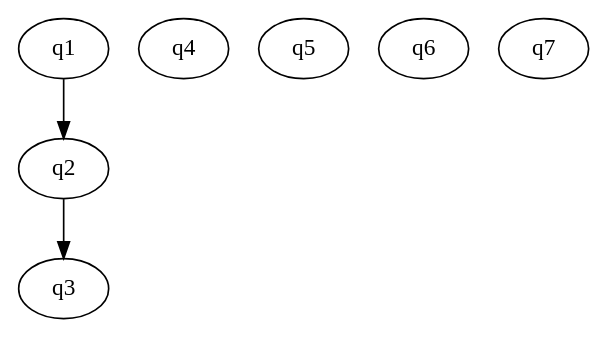
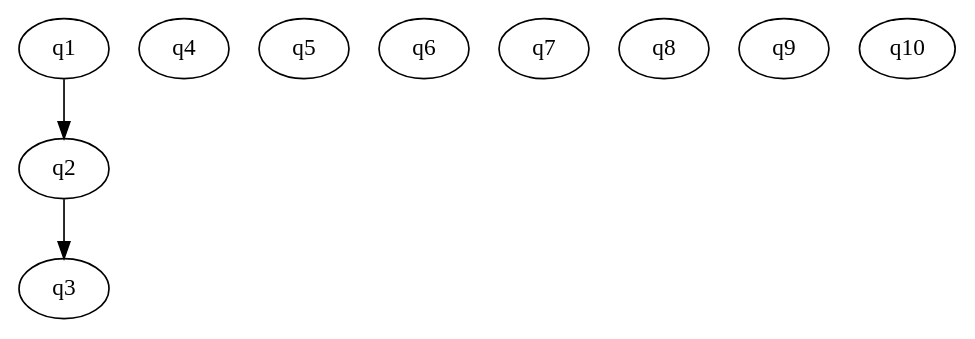
One commit to cdurden/algebra742 changed the diagram in algebra742live/content/question_digraphs/ch5.dot. Above: the diagram before and after it, drawn with Graphviz. The commit also changed 1 other file, not shown here.

```diff
--- a/algebra742live/content/question_digraphs/ch5.dot
+++ b/algebra742live/content/question_digraphs/ch5.dot
@@ -1,11 +1,14 @@
 digraph ch5 {
   start=q1;
   q1 [class="Question.AsyGraphicsDrawingQuestion",params="{'template': 'NumberLine.asy', 'min':'-8', 'max':'8', 'Question': 'Where are $-5$ and $2$ relative to each other?'}"];
   q2 [class="Question.QuestionOnePlusOne",params="{'Question': 'What is $1+1?'}"];
   q3 [class="Question.DrawingQuestion",params="{'Question': 'What is one plus one?'}"];
   q4 [class="Question.DotGraphicsQuestion",params="{'template': 'ch5.dot'}"];
   q5 [class="Question.SolutionQuestion",params="{'statement': 'x+3>70'}"];
   q6 [class="Question.MultiPartQuestion",params="{'parts': [{'class':'Question.SolutionQuestion', 'params': {'statement': 'x+3>70'}}, {'class':'Question.SolutionQuestion', 'params': {'statement': 'x+3<70'}}, {'class':'Question.SolutionQuestion', 'params': {'statement': '5x<2'}}, {'class':'Question.SolutionQuestion', 'params': {'statement': '-5x<2'}}]}"];
   q7 [class="Question.MultiPartQuestion",params="{'parts': [{'class':'Question.SolutionQuestion', 'params': {'statement': 'x+3>70'}}]}"];
+  q8 [class="Question.SolutionQuestion",params="{'statement': 'x+3<70'}"];
+  q9 [class="Question.SolutionQuestion",params="{'statement': '5x<2'}"];
+  q10 [class="Question.SolutionQuestion",params="{'statement': '-5x<2'}"];
   q1 -> q2 -> q3;
 }
```
